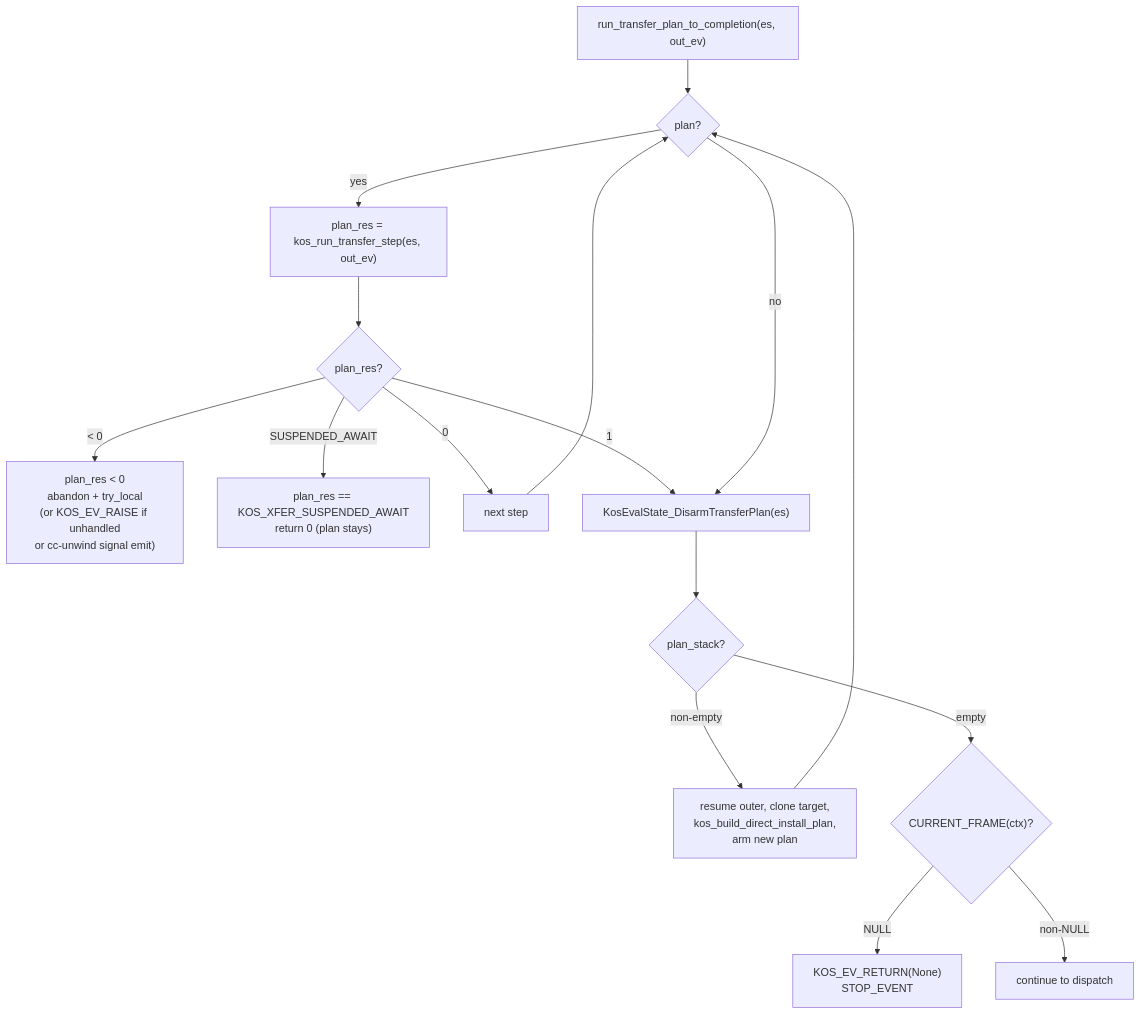
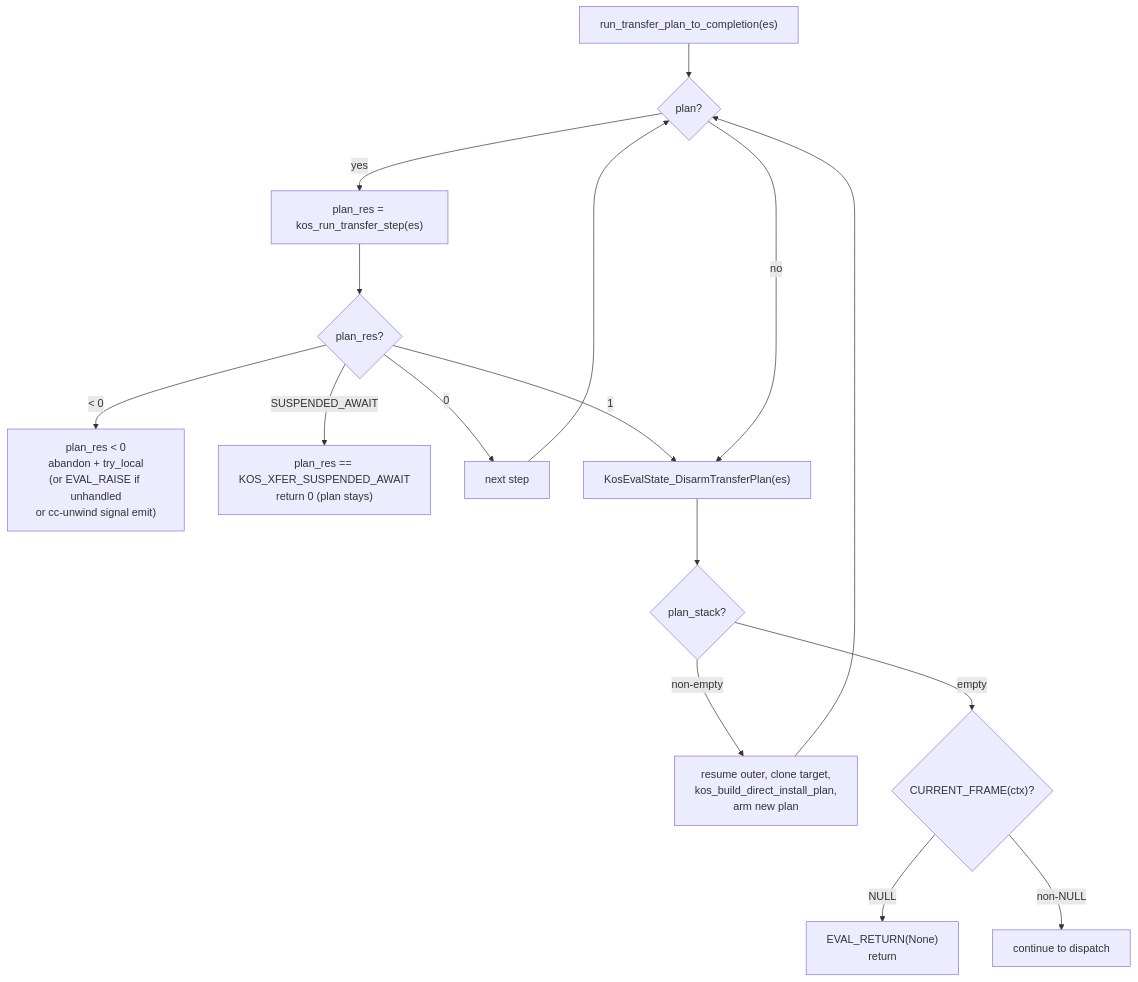
The fourth of 11 diagrams in design/EVALUATOR.md (koskari-lang/koskari), drawn with Mermaid before and after one commit. The commit also changed other lines of this file and 5 other files, not shown here.

````diff
--- a/design/EVALUATOR.md
+++ b/design/EVALUATOR.md
@@ -260,31 +262,31 @@
 ```mermaid
 flowchart TD
-    start["run_transfer_plan_to_completion(es, out_ev)"]
+    start["run_transfer_plan_to_completion(es)"]
     has_plan{"plan?"}
-    step["plan_res = kos_run_transfer_step(es, out_ev)"]
+    step["plan_res = kos_run_transfer_step(es)"]
     step_check{"plan_res?"}
-    fail["plan_res < 0<br/>abandon + try_local<br/>(or KOS_EV_RAISE if unhandled<br/>or cc-unwind signal emit)"]
+    fail["plan_res < 0<br/>abandon + try_local<br/>(or EVAL_RAISE if unhandled<br/>or cc-unwind signal emit)"]
     suspend["plan_res == KOS_XFER_SUSPENDED_AWAIT<br/>return 0 (plan stays)"]
     next_step["next step"]
     clear["KosEvalState_DisarmTransferPlan(es)"]
     stack_check{"plan_stack?"}
     replan["resume outer, clone target,<br/>kos_build_direct_install_plan,<br/>arm new plan"]
     frame_check{"CURRENT_FRAME(ctx)?"}
-    ret_none["KOS_EV_RETURN(None)<br/>STOP_EVENT"]
+    ret_none["EVAL_RETURN(None)<br/>return"]
 
     start --> has_plan
     has_plan -->|yes| step
     step --> step_check
     step_check -->|< 0| fail
     step_check -->|SUSPENDED_AWAIT| suspend
     step_check -->|1| clear
     step_check -->|0| next_step
     next_step --> has_plan
     has_plan -->|no| clear
     clear --> stack_check
     stack_check -->|non-empty| replan
     replan --> has_plan
     stack_check -->|empty| frame_check
     frame_check -->|NULL| ret_none
     frame_check -->|non-NULL| loop_next["continue to dispatch"]
 ```
````
